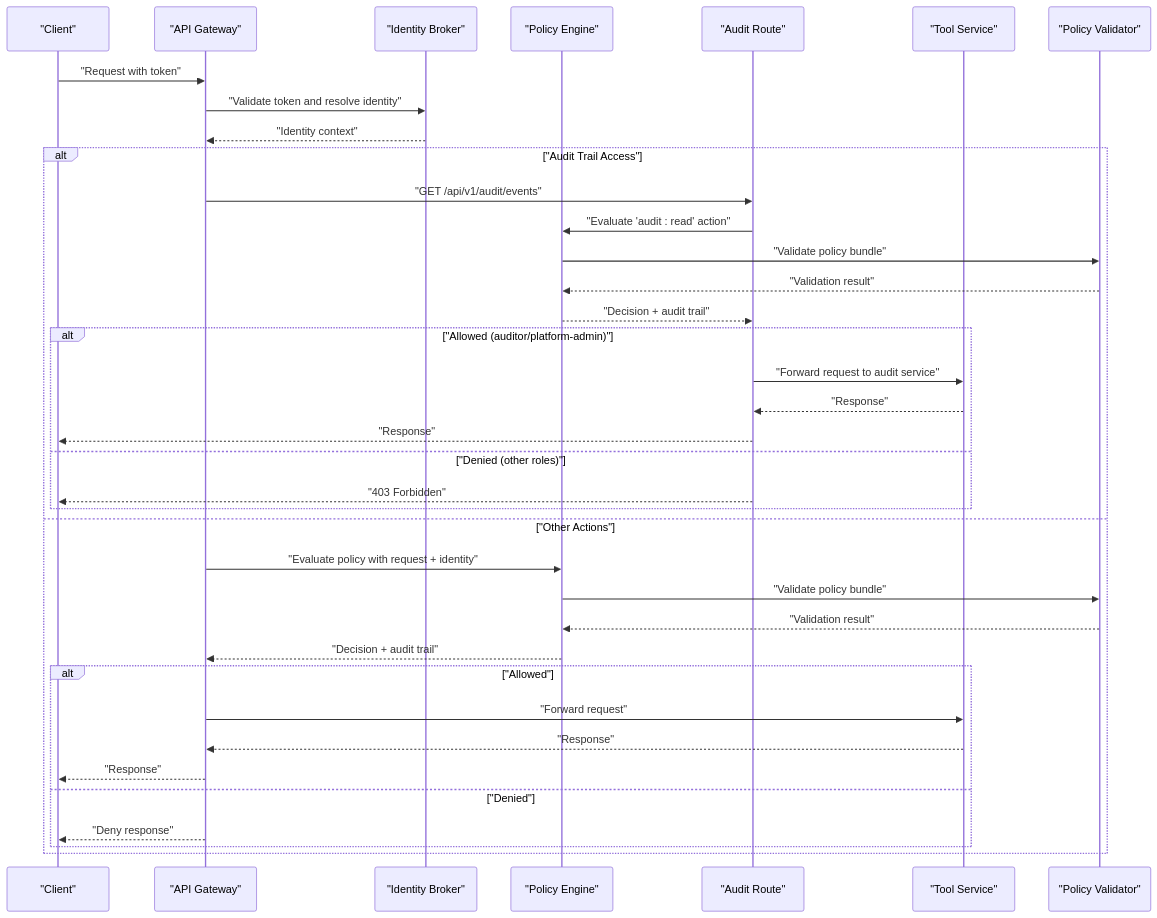
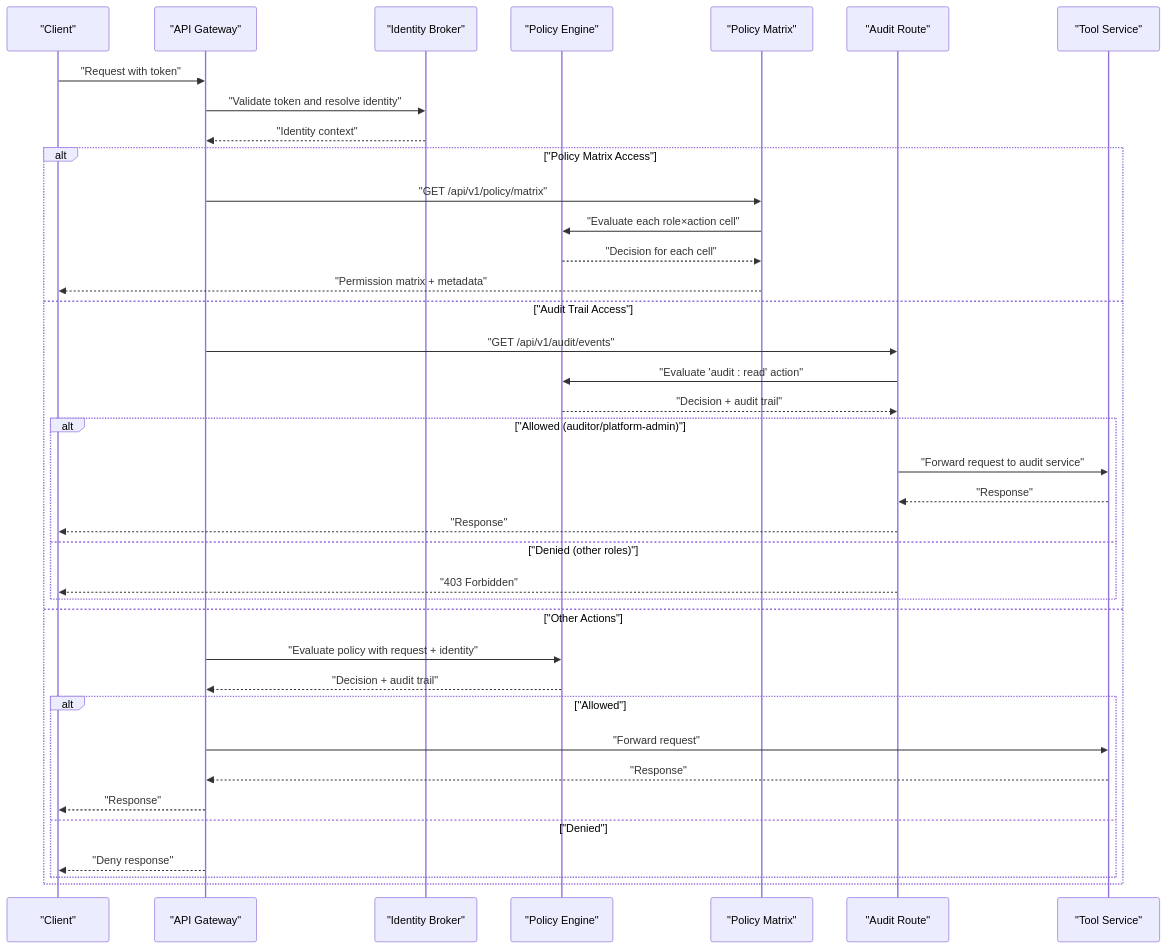
One commit to metasync/luban-aiops changed the second of 5 diagrams in .qoder/repowiki/en/content/Policy Management/Policy Management.md. Above: the diagram before and after it, drawn with Mermaid. The commit also changed other lines of this file and 26 other files, not shown here.

````diff
--- a/.qoder/repowiki/en/content/Policy Management/Policy Management.md
+++ b/.qoder/repowiki/en/content/Policy Management/Policy Management.md
@@ -186,39 +209,40 @@
 ```mermaid
 sequenceDiagram
 participant Client as "Client"
 participant Gateway as "API Gateway"
 participant Identity as "Identity Broker"
 participant Engine as "Policy Engine"
+participant Matrix as "Policy Matrix"
 participant AuditRoute as "Audit Route"
 participant Tool as "Tool Service"
-participant Validator as "Policy Validator"
 Client->>Gateway : "Request with token"
 Gateway->>Identity : "Validate token and resolve identity"
 Identity-->>Gateway : "Identity context"
-alt "Audit Trail Access"
+alt "Policy Matrix Access"
+Gateway->>Matrix : "GET /api/v1/policy/matrix"
+Matrix->>Engine : "Evaluate each role×action cell"
+Engine-->>Matrix : "Decision for each cell"
+Matrix-->>Client : "Permission matrix + metadata"
+else "Audit Trail Access"
 Gateway->>AuditRoute : "GET /api/v1/audit/events"
 AuditRoute->>Engine : "Evaluate 'audit : read' action"
-Engine->>Validator : "Validate policy bundle"
-Validator-->>Engine : "Validation result"
 Engine-->>AuditRoute : "Decision + audit trail"
 alt "Allowed (auditor/platform-admin)"
 AuditRoute->>Tool : "Forward request to audit service"
 Tool-->>AuditRoute : "Response"
 AuditRoute-->>Client : "Response"
 else "Denied (other roles)"
 AuditRoute-->>Client : "403 Forbidden"
 end
 else "Other Actions"
 Gateway->>Engine : "Evaluate policy with request + identity"
-Engine->>Validator : "Validate policy bundle"
-Validator-->>Engine : "Validation result"
 Engine-->>Gateway : "Decision + audit trail"
 alt "Allowed"
 Gateway->>Tool : "Forward request"
 Tool-->>Gateway : "Response"
 Gateway-->>Client : "Response"
 else "Denied"
 Gateway-->>Client : "Deny response"
 end
 end
 ```
````
